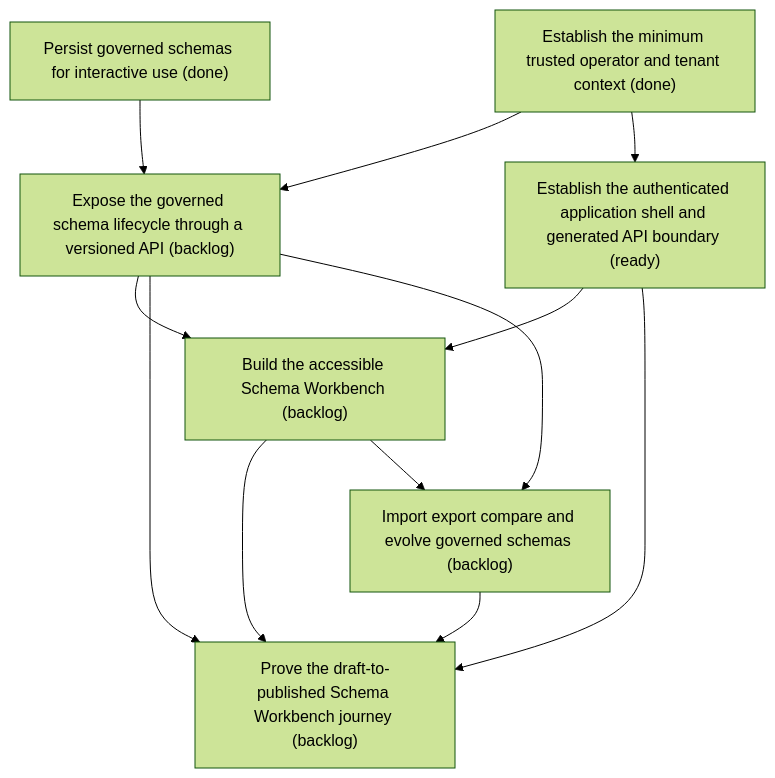
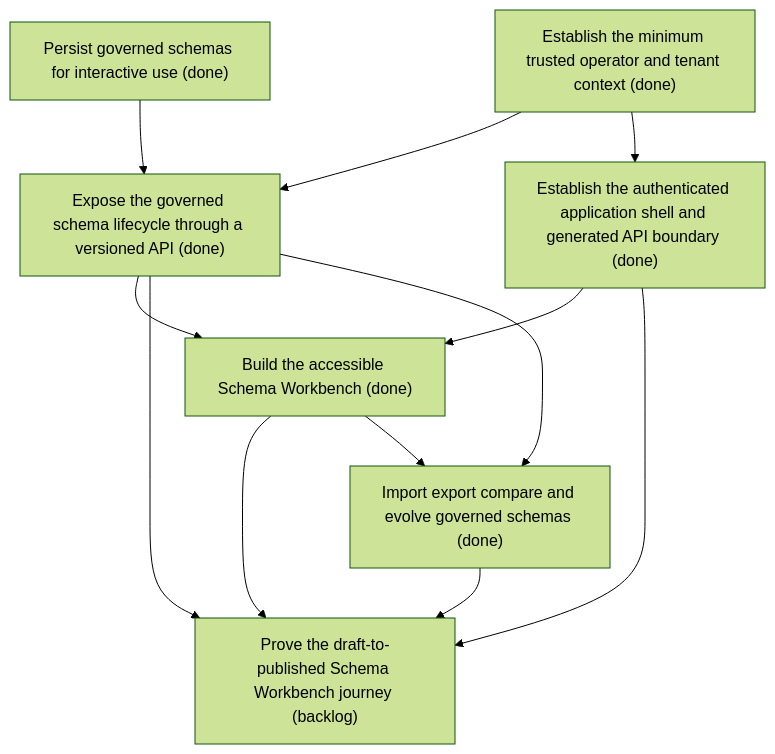
The diagram in .skyhook/plan/epics/37GEDS1AHPKD75TVFA4TGN1VD4.md (asadayoub/Evidentia), drawn with Mermaid (forest theme) before and after one commit. The commit also changed other lines of this file and 52 other files, not shown here.

````diff
--- a/.skyhook/plan/epics/37GEDS1AHPKD75TVFA4TGN1VD4.md
+++ b/.skyhook/plan/epics/37GEDS1AHPKD75TVFA4TGN1VD4.md
@@ -26,21 +26,21 @@
 ```mermaid
 flowchart TD
     0VJ9SHA39TA291D8QXB0TQS3HQ["Persist governed schemas for interactive use (done)"]
     N1ZNPJWFZYPV0MVB8FP137GRJP["Establish the minimum trusted operator and tenant context (done)"]
-    X51S43NTMRW5ASYSKJBF7FW845["Expose the governed schema lifecycle through a versioned API (backlog)"]
+    X51S43NTMRW5ASYSKJBF7FW845["Expose the governed schema lifecycle through a versioned API (done)"]
     0VJ9SHA39TA291D8QXB0TQS3HQ --> X51S43NTMRW5ASYSKJBF7FW845
     N1ZNPJWFZYPV0MVB8FP137GRJP --> X51S43NTMRW5ASYSKJBF7FW845
-    H98W5WTJBWT8EY0Q10P3KPCEEB["Build the accessible Schema Workbench (backlog)"]
+    H98W5WTJBWT8EY0Q10P3KPCEEB["Build the accessible Schema Workbench (done)"]
     STORY-017 --> H98W5WTJBWT8EY0Q10P3KPCEEB
     X51S43NTMRW5ASYSKJBF7FW845 --> H98W5WTJBWT8EY0Q10P3KPCEEB
     265YM4FNANJAH2J338BKAWFXDM["Prove the draft-to-published Schema Workbench journey (backlog)"]
     STORY-017 --> 265YM4FNANJAH2J338BKAWFXDM
     X51S43NTMRW5ASYSKJBF7FW845 --> 265YM4FNANJAH2J338BKAWFXDM
     H98W5WTJBWT8EY0Q10P3KPCEEB --> 265YM4FNANJAH2J338BKAWFXDM
     STORY-018 --> 265YM4FNANJAH2J338BKAWFXDM
-    STORY-017["Establish the authenticated application shell and generated API boundary (ready)"]
+    STORY-017["Establish the authenticated application shell and generated API boundary (done)"]
     N1ZNPJWFZYPV0MVB8FP137GRJP --> STORY-017
-    STORY-018["Import export compare and evolve governed schemas (backlog)"]
+    STORY-018["Import export compare and evolve governed schemas (done)"]
     X51S43NTMRW5ASYSKJBF7FW845 --> STORY-018
     H98W5WTJBWT8EY0Q10P3KPCEEB --> STORY-018
 ```
````
